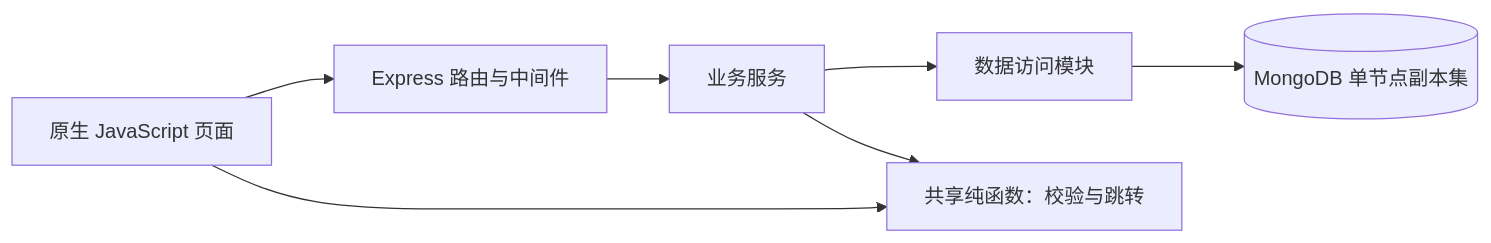
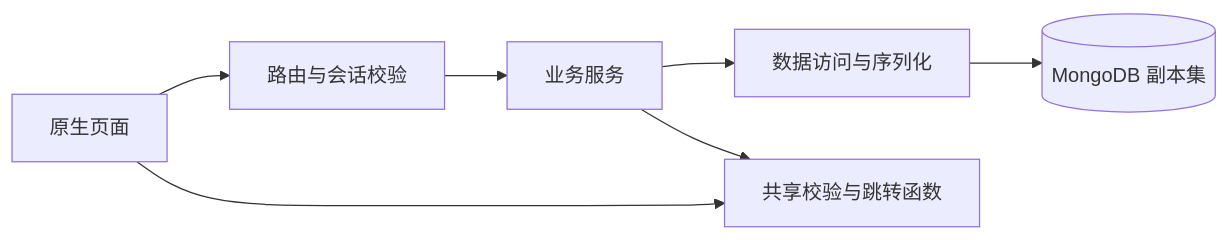
The first of 2 diagrams in docs/design.md (ShrHang/DB_LEARNING), drawn with Mermaid before and after one commit. The commit also changed other lines of this file and 14 other files, not shown here.

````diff
--- a/docs/design.md
+++ b/docs/design.md
@@ -20,9 +9,9 @@
 ```mermaid
 flowchart LR
-  UI[原生 JavaScript 页面] --> HTTP[Express 路由与中间件]
+  UI[原生页面] --> HTTP[路由与会话校验]
   HTTP --> Services[业务服务]
-  Services --> Repo[数据访问模块]
-  Repo --> DB[(MongoDB 单节点副本集)]
-  UI --> Shared[共享纯函数：校验与跳转]
+  Services --> Repo[数据访问与序列化]
+  Repo --> DB[(MongoDB 副本集)]
+  UI --> Shared[共享校验与跳转函数]
   Services --> Shared
 ```
````
